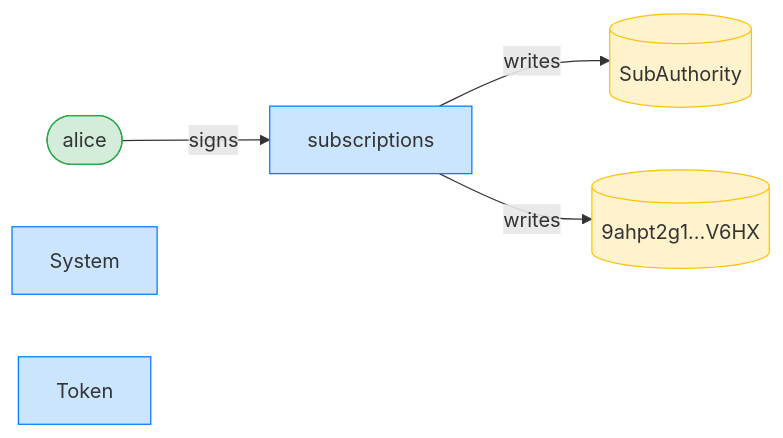
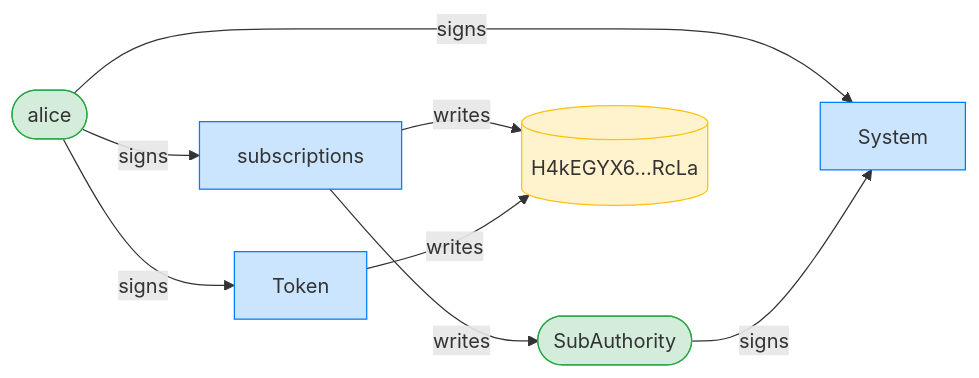
The third of 16 diagrams in dsl_tests/fixed-transfer-delegator-mismatch-exploit-is-blocked.md (cds-rs/subscriptions), drawn with Mermaid before and after one commit. The commit also changed other lines of this file and 224 other files, not shown here.

````diff
--- a/dsl_tests/fixed-transfer-delegator-mismatch-exploit-is-blocked.md
+++ b/dsl_tests/fixed-transfer-delegator-mismatch-exploit-is-blocked.md
@@ -55,15 +56,19 @@
 ```mermaid
 flowchart LR
     classDef signer fill:#d4edda,stroke:#28a745;
     classDef program fill:#cce5ff,stroke:#007bff;
     classDef writable fill:#fff3cd,stroke:#ffc107;
     subscriptions[subscriptions]:::program
     alice([alice]):::signer
-    SubAuthority[(SubAuthority)]:::writable
-    9ahpt2g1_V6HX[("9ahpt2g1…V6HX")]:::writable
+    SubAuthority([SubAuthority]):::signer
+    H4kEGYX6_RcLa[("H4kEGYX6…RcLa")]:::writable
     System[System]:::program
     Token[Token]:::program
     alice -->|signs| subscriptions
+    alice -->|signs| System
+    SubAuthority -->|signs| System
+    alice -->|signs| Token
     subscriptions -->|writes| SubAuthority
-    subscriptions -->|writes| 9ahpt2g1_V6HX
+    subscriptions -->|writes| H4kEGYX6_RcLa
+    Token -->|writes| H4kEGYX6_RcLa
 ```
````
